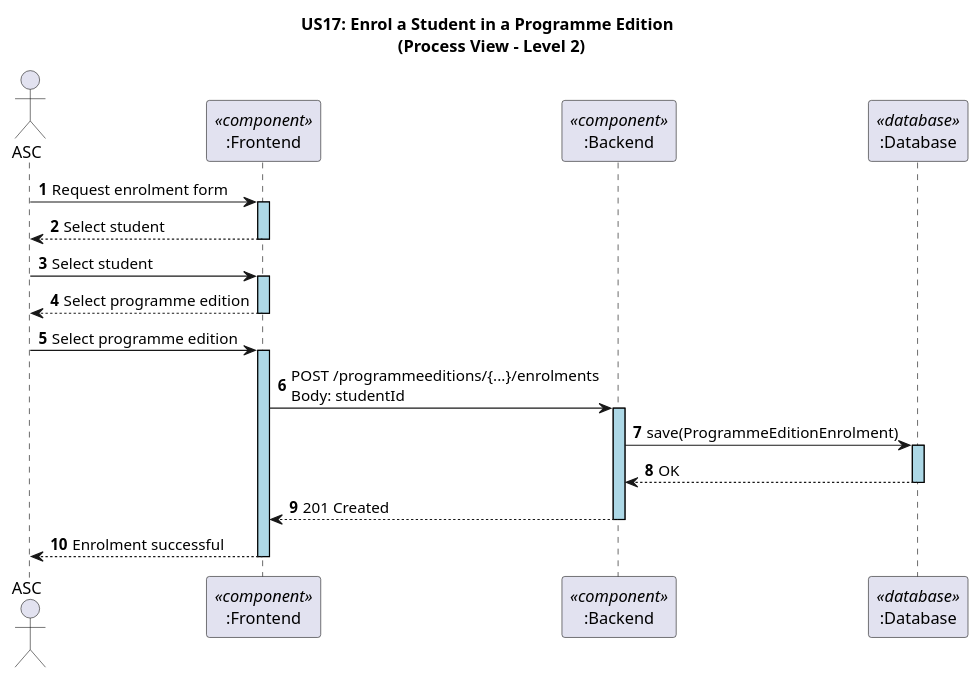
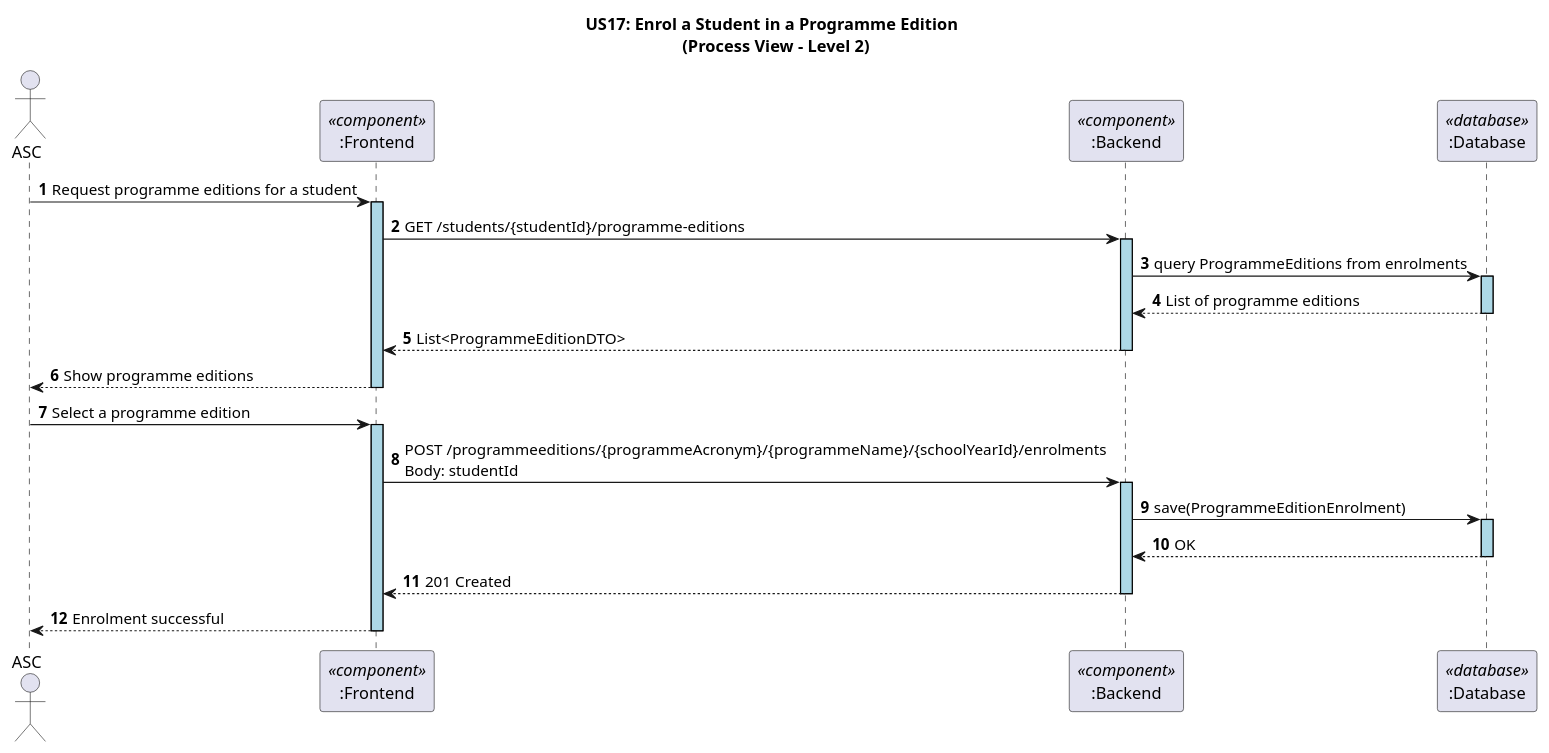
Before and after one commit to GasparISEP/DevOps-PAI: the diagram in docs/US17/Sprint_6_RestAPI/ProcessView/US17_RestAPI_ProcessView_Level2.puml, drawn with PlantUML.

Commit message:
#500 #587 Update US17_RestAPI_ProcessView_Level2.puml

```diff
--- a/docs/US17/Sprint_6_RestAPI/ProcessView/US17_RestAPI_ProcessView_Level2.puml
+++ b/docs/US17/Sprint_6_RestAPI/ProcessView/US17_RestAPI_ProcessView_Level2.puml
@@ -1,32 +1,36 @@
 @startuml
 
 ' US17 - Enrol a Student in a Programme Edition
 ' Process View - Level 2 (Frontend, Backend, DB)
 
 autonumber
 
 skinparam sequence {
    LifelineBorderColor black
    LifelineBackgroundColor LightBlue
 }
 
 title US17: Enrol a Student in a Programme Edition \n (Process View - Level 2)
 
 actor ASC
 participant ":Frontend" as FE <<component>>
 participant ":Backend" as BE <<component>>
 participant ":Database" as DB <<database>>
 
-ASC -> FE ++: Request enrolment form
-FE --> ASC --: Select student
-ASC -> FE ++: Select student
-FE --> ASC --: Select programme edition
-ASC -> FE ++: Select programme edition
+' Fase 1 – Consulta
+ASC -> FE ++: Request programme editions for a student
+FE -> BE ++: GET /students/{studentId}/programme-editions
+BE -> DB ++: query ProgrammeEditions from enrolments
+DB --> BE --: List of programme editions
+BE --> FE --: List<ProgrammeEditionDTO>
+FE --> ASC --: Show programme editions
 
-FE -> BE ++: POST /programmeeditions/{...}/enrolments\nBody: studentId
+' Fase 2 – Inscrição
+ASC -> FE ++: Select a programme edition
+FE -> BE ++: POST /programmeeditions/{programmeAcronym}/{programmeName}/{schoolYearId}/enrolments\nBody: studentId
 BE -> DB ++: save(ProgrammeEditionEnrolment)
 DB --> BE --: OK
 BE --> FE --: 201 Created
 FE --> ASC --: Enrolment successful
 
 @enduml
```
